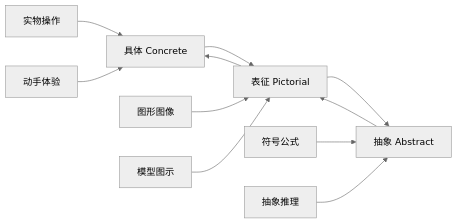
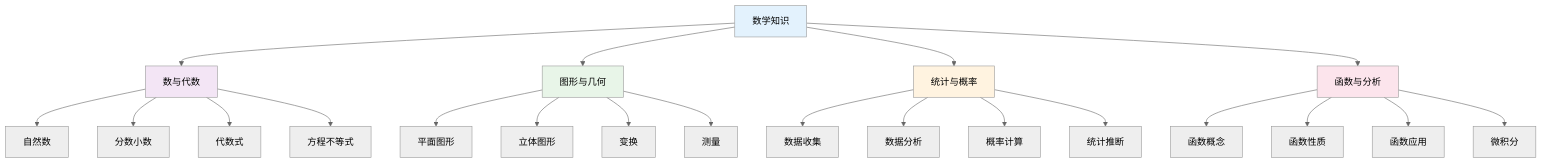
One commit to AdaMartin18010/SeniorEnducation changed diagram 12 of 15 in 02-核心学科理论/01-数学教育理论与实践.md. Above: the diagram before and after it, drawn with Mermaid (neutral theme). The commit also changed other lines of this file and 16 other files, not shown here.

````diff
--- a/02-核心学科理论/01-数学教育理论与实践.md
+++ b/02-核心学科理论/01-数学教育理论与实践.md
@@ -158,16 +555,33 @@
 ```mermaid
-graph LR
-    A[具体 Concrete] --> B[表征 Pictorial] --> C[抽象 Abstract]
+graph TD
+    A[数学知识] --> B[数与代数]
+    A --> C[图形与几何]
+    A --> D[统计与概率]
+    A --> E[函数与分析]
     
-    A1[实物操作] --> A
-    A2[动手体验] --> A
+    B --> B1[自然数]
+    B --> B2[分数小数]
+    B --> B3[代数式]
+    B --> B4[方程不等式]
     
-    B1[图形图像] --> B
-    B2[模型图示] --> B
+    C --> C1[平面图形]
+    C --> C2[立体图形]
+    C --> C3[变换]
+    C --> C4[测量]
     
-    C1[符号公式] --> C
-    C2[抽象推理] --> C
+    D --> D1[数据收集]
+    D --> D2[数据分析]
+    D --> D3[概率计算]
+    D --> D4[统计推断]
     
-    C --> B
-    B --> A
+    E --> E1[函数概念]
+    E --> E2[函数性质]
+    E --> E3[函数应用]
+    E --> E4[微积分]
+    
+    style A fill:#e3f2fd
+    style B fill:#f3e5f5
+    style C fill:#e8f5e8
+    style D fill:#fff3e0
+    style E fill:#fce4ec
 ```
````
